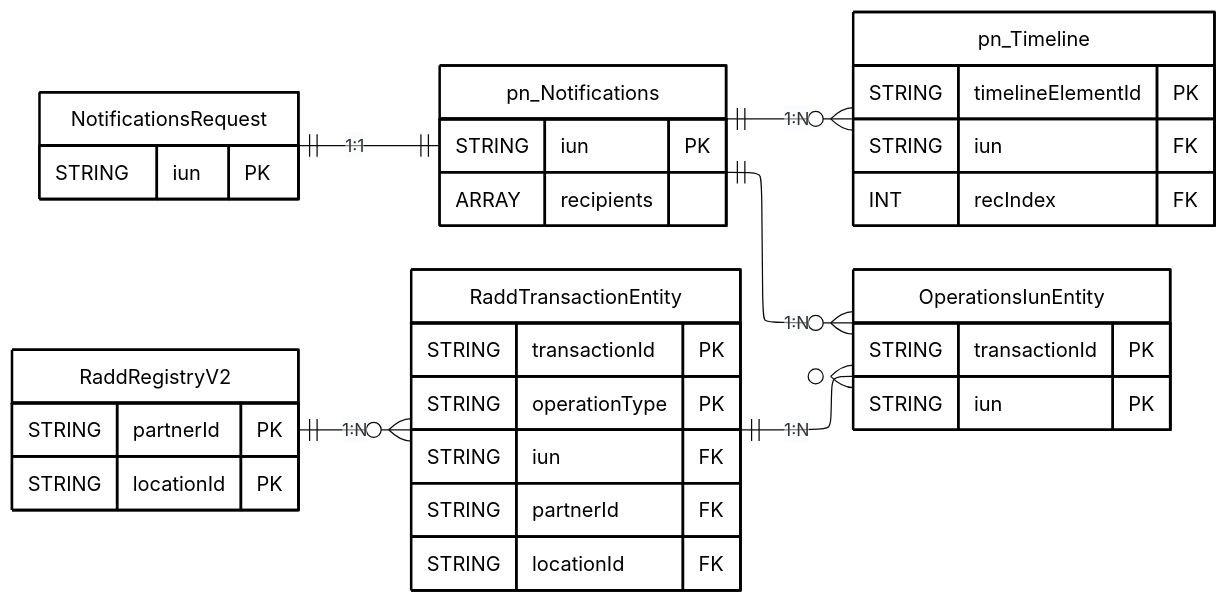
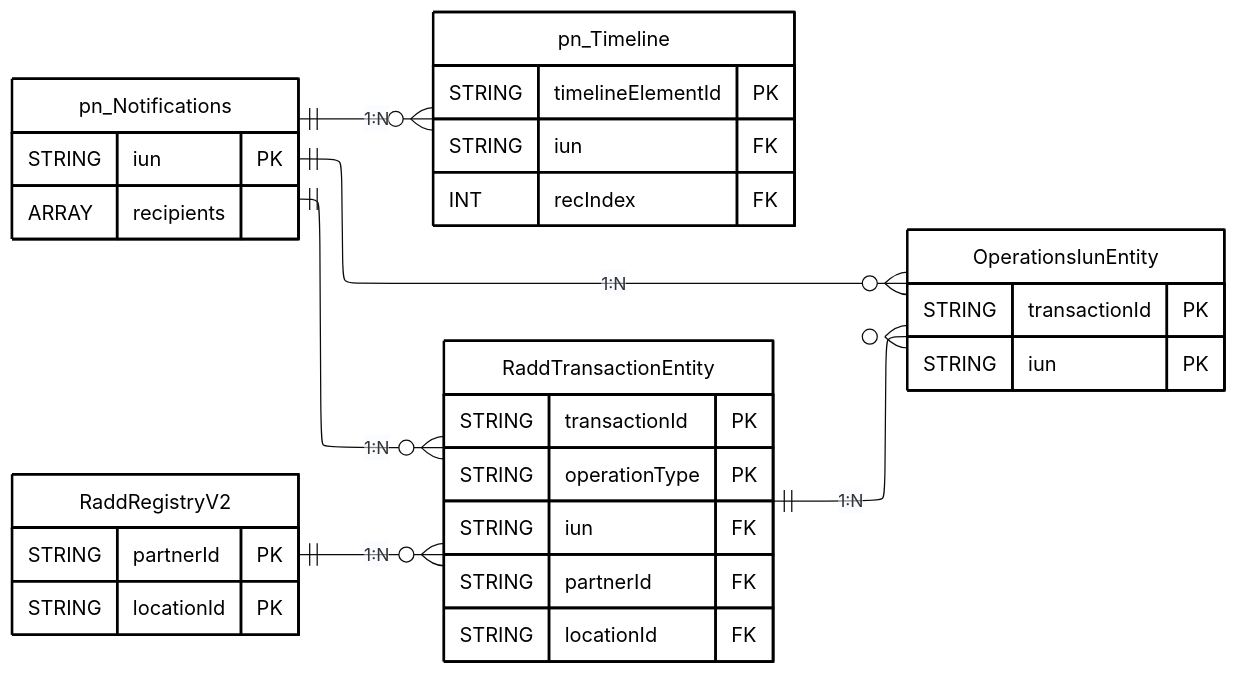
One commit to pagopa/pn-metrics changed the diagram in send_diagrams/data-models/send_er_model.mmd. Above: the diagram before and after it, drawn with Mermaid. The commit also changed other lines of this file, not shown here.

Commit message:
docs: add notification relationships for ACT and AOR operations

```diff
--- a/send_diagrams/data-models/send_er_model.mmd
+++ b/send_diagrams/data-models/send_er_model.mmd
@@ -1,97 +1,93 @@
 ---
 config:
   layout: elk
   theme: base
 ---
 erDiagram
 
     %% diagram version: 0.0.1
 
     %% sources:
     %% - dc-pn-Notifications.yaml
     %%   id: urn:send:pn:notifications
     %%   version: 0.0.1
     %% - dc-pn-timeline.yaml
     %%   id: urn:send:pn:timelines
     %%   version: 0.0.1
     %% - dc-radd-transaction-entity.yaml
     %%   id: urn:send:radd-alt:dc-radd-transaction-entity
     %%   version: 0.0.1
     %% - dc-radd-registry.yaml
     %%   id: urn:send:radd-alt:dc-radd-registry
     %%   version: 0.0.1
     %% - dc-operations-iuns-entity.yaml
     %%   id: urn:send:radd-alt:dc-operations-iuns-entity
     %%   version: 0.0.1
+    %% - dc-pn-EcRichiesteMetadati.yaml
+    %%   id: urn:send:postalizzazione:pn-ecrichiestemetadati
+    %%   version: 0.0.1
 
     %% CONVENZIONI
-    %% - Diagramma di integrazione tra domini SEND e RADD
     %% - Sono riportate esclusivamente le entità principali
     %% - Sono riportati solamente attributi PK e FK
     %% - Le cardinalità derivano dai diagrammi di dettaglio dei singoli domini
     %% - I commenti descrivono la logica di correlazione tra le entità
 
     Direction LR
-
-    NotificationsRequest {
-        STRING iun PK
-    }
 
     pn_Notifications {
         STRING iun PK
         ARRAY recipients
     }
 
     pn_Timeline {
         STRING timelineElementId PK
         STRING iun FK
         INT recIndex FK
     }
 
     RaddRegistryV2 {
         STRING partnerId PK
         STRING locationId PK
     }
 
     RaddTransactionEntity {
         STRING transactionId PK
         STRING operationType PK
         STRING iun FK
         STRING partnerId FK
         STRING locationId FK
     }
 
     OperationsIunEntity {
         STRING transactionId PK
         STRING iun PK
     }
 
     %% RELAZIONI
 
     %% RaddTransactionEntity.transactionId = OperationsIunEntity.transactionId
     RaddTransactionEntity ||--o{ OperationsIunEntity : "1:N"
 
-    %% RaddRegistryV2.partnerId = RaddTransactionEntity.partnerId
-    %% AND RaddRegistryV2.locationId = RaddTransactionEntity.locationId
+    %% RaddRegistryV2.partnerId = RaddTransactionEntity.partnerId AND RaddRegistryV2.locationId = RaddTransactionEntity.locationId
     RaddRegistryV2 ||--o{ RaddTransactionEntity : "1:N"
 
-    %% pn_Notifications.iun = OperationsIunEntity.iun
+    %% Operazioni ACT: stampa atti notificati
+    %% pn_Notifications.iun = RaddTransactionEntity.iun
+    pn_Notifications ||--o{ RaddTransactionEntity : "1:N"
+
+    %% Operazioni AOR: accesso a notifica per irreperibile
+    %% OperationsIunEntity.iun = pn_Notifications.iun
     pn_Notifications ||--o{ OperationsIunEntity : "1:N"
 
     %% Join a livello di notifica: pn_Notifications.iun = pn_Timeline.iun
-    %% Join a livello di destinatario:
-    %% pn_Notifications.iun = pn_Timeline.iun
-    %% AND pn_Timeline.recIndex identifica il destinatario della notifica
+    %% Join a livello di destinatario: pn_Notifications.iun = pn_Timeline.iun AND pn_Timeline.recIndex identifica il destinatario della notifica
     pn_Notifications ||--o{ pn_Timeline : "1:N"
-
-    %% NotificationsRequest.iun = pn_Notifications.iun
-    NotificationsRequest ||--|| pn_Notifications : "1:1"
 
     %% STILE
 
-    style NotificationsRequest fill:#FFFFFF,stroke:#000000,stroke-width:2px,color:#000000
     style pn_Notifications fill:#FFFFFF,stroke:#000000,stroke-width:2px,color:#000000
     style pn_Timeline fill:#FFFFFF,stroke:#000000,stroke-width:2px,color:#000000
     style RaddRegistryV2 fill:#FFFFFF,stroke:#000000,stroke-width:2px,color:#000000
     style RaddTransactionEntity fill:#FFFFFF,stroke:#000000,stroke-width:2px,color:#000000
     style OperationsIunEntity fill:#FFFFFF,stroke:#000000,stroke-width:2px,color:#000000
```
